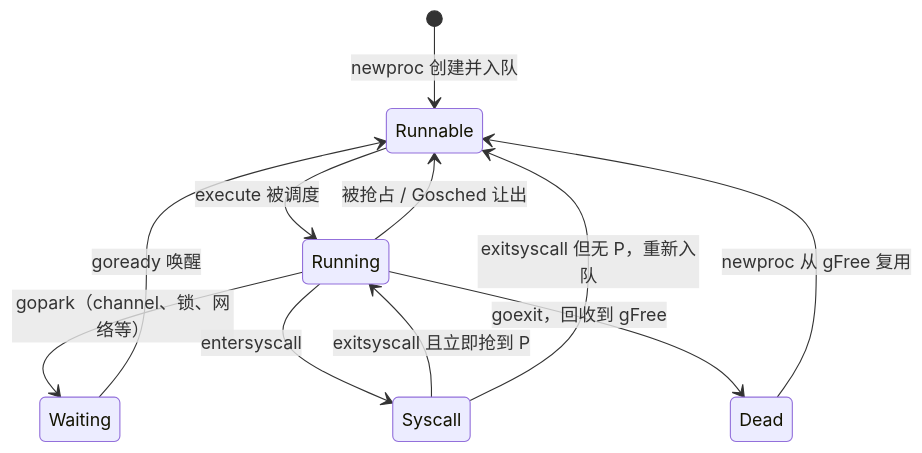
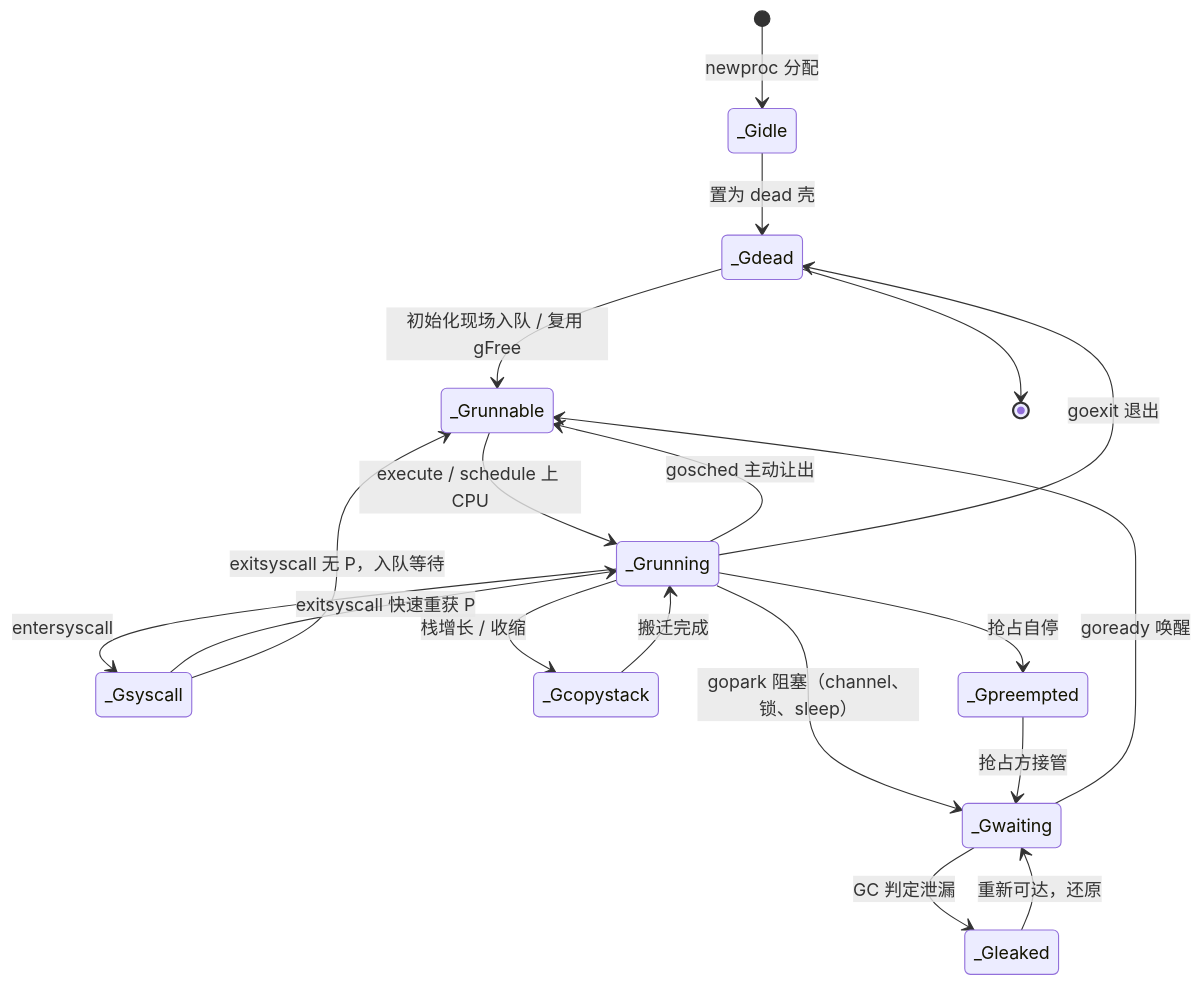
The diagram in book/zh-cn/part3concurrency/ch09sched/mpg.md (golang-design/under-the-hood), drawn with Mermaid before and after one commit. The commit also changed other lines of this file and 6 other files, not shown here.

````diff
--- a/book/zh-cn/part3concurrency/ch09sched/mpg.md
+++ b/book/zh-cn/part3concurrency/ch09sched/mpg.md
@@ -67,13 +203,21 @@
 ```mermaid
 stateDiagram-v2
-    [*] --> Runnable: newproc 创建并入队
-    Runnable --> Running: execute 被调度
-    Running --> Runnable: 被抢占 / Gosched 让出
-    Running --> Waiting: gopark（channel、锁、网络等）
-    Waiting --> Runnable: goready 唤醒
-    Running --> Syscall: entersyscall
-    Syscall --> Running: exitsyscall 且立即抢到 P
-    Syscall --> Runnable: exitsyscall 但无 P，重新入队
-    Running --> Dead: goexit，回收到 gFree
-    Dead --> Runnable: newproc 从 gFree 复用
+    [*] --> _Gidle: newproc 分配
+    _Gidle --> _Gdead: 置为 dead 壳
+    _Gdead --> _Grunnable: 初始化现场入队 / 复用 gFree
+    _Grunnable --> _Grunning: execute / schedule 上 CPU
+    _Grunning --> _Grunnable: gosched 主动让出
+    _Grunning --> _Gwaiting: gopark 阻塞（channel、锁、sleep）
+    _Gwaiting --> _Grunnable: goready 唤醒
+    _Grunning --> _Gsyscall: entersyscall
+    _Gsyscall --> _Grunning: exitsyscall 快速重获 P
+    _Gsyscall --> _Grunnable: exitsyscall 无 P，入队等待
+    _Grunning --> _Gcopystack: 栈增长 / 收缩
+    _Gcopystack --> _Grunning: 搬迁完成
+    _Grunning --> _Gpreempted: 抢占自停
+    _Gpreempted --> _Gwaiting: 抢占方接管
+    _Gwaiting --> _Gleaked: GC 判定泄漏
+    _Gleaked --> _Gwaiting: 重新可达，还原
+    _Grunning --> _Gdead: goexit 退出
+    _Gdead --> [*]
 ```
````
